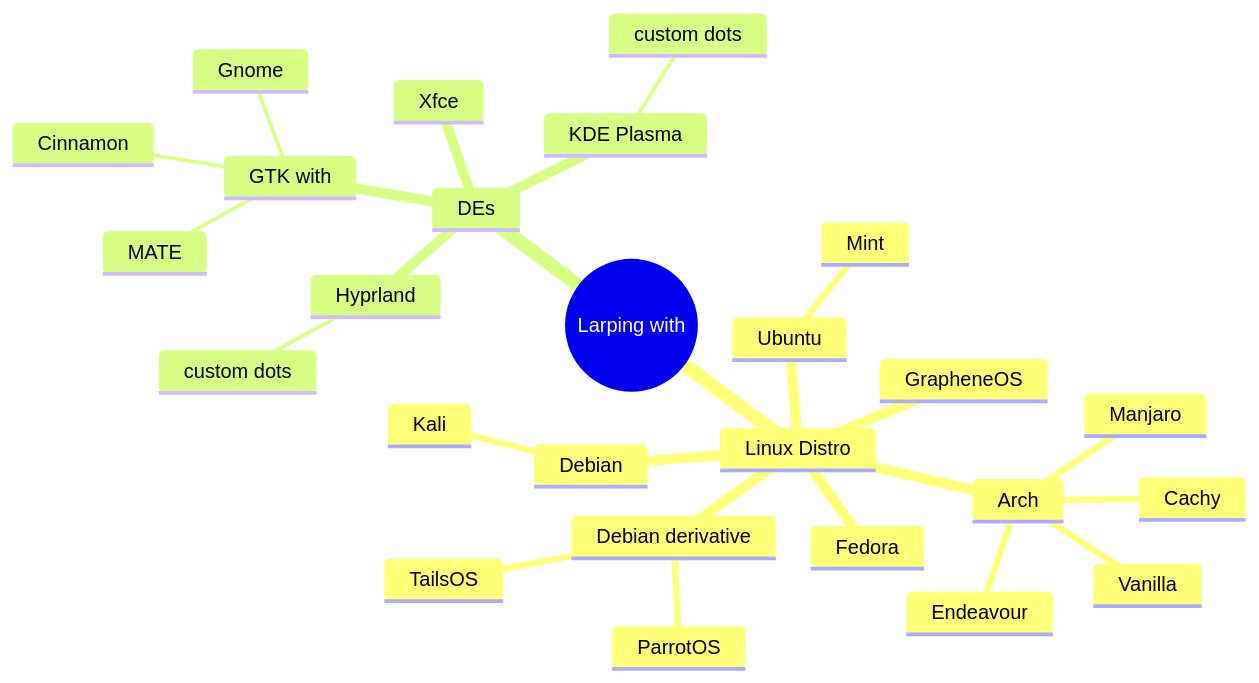
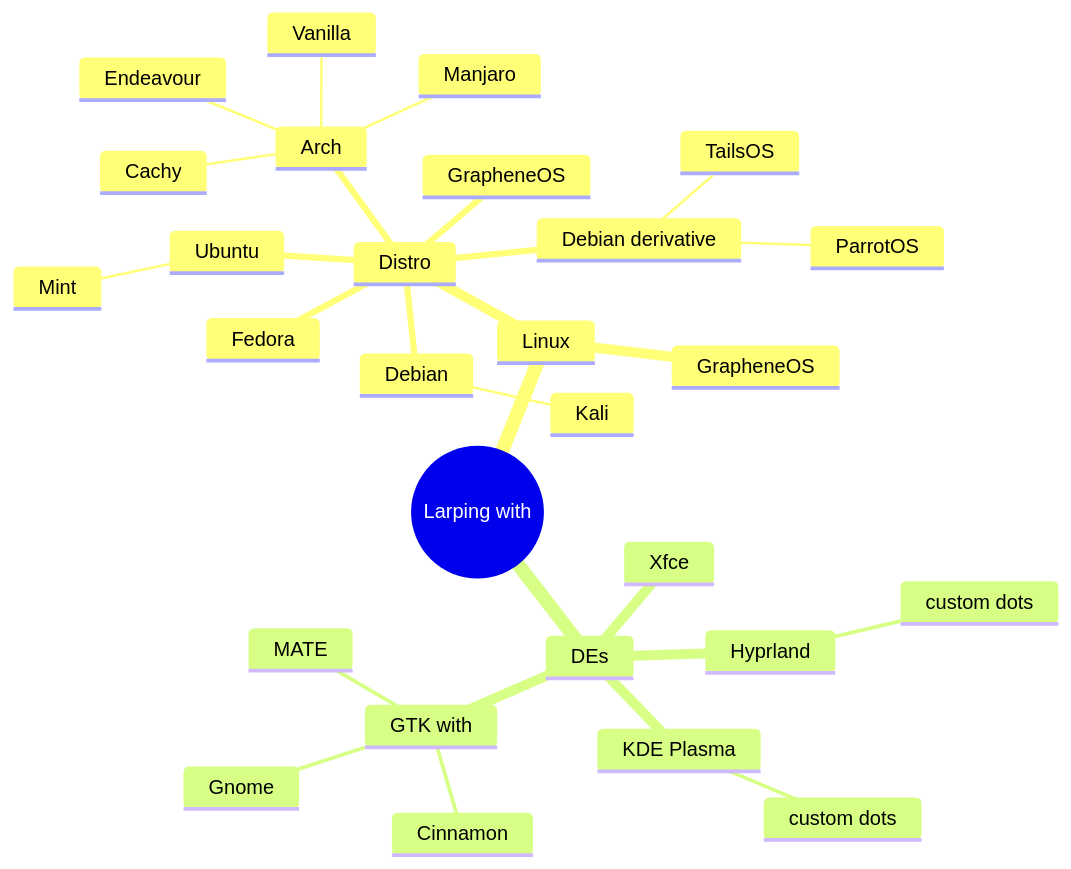
The diagram in README.md (Chintanpatel24/Chintanpatel24), drawn with Mermaid before and after one commit.

````diff
--- a/README.md
+++ b/README.md
@@ -4,29 +4,31 @@
 ```mermaid
 mindmap
-  root((Larping with))
-   Linux Distro
+ root((Larping with))
+  Linux
+   GrapheneOS
+   Distro
     GrapheneOS
     Arch
       Endeavour
       Vanilla
       Cachy
       Manjaro
     Debian
       Kali
     Ubuntu
       Mint
     Fedora
     Debian derivative
       ParrotOS
       TailsOS
-   DEs
+  DEs
       Xfce
       KDE Plasma
        custom dots
       Hyprland
         custom dots
       GTK with
        Cinnamon
        Gnome
        MATE
 ```
````
